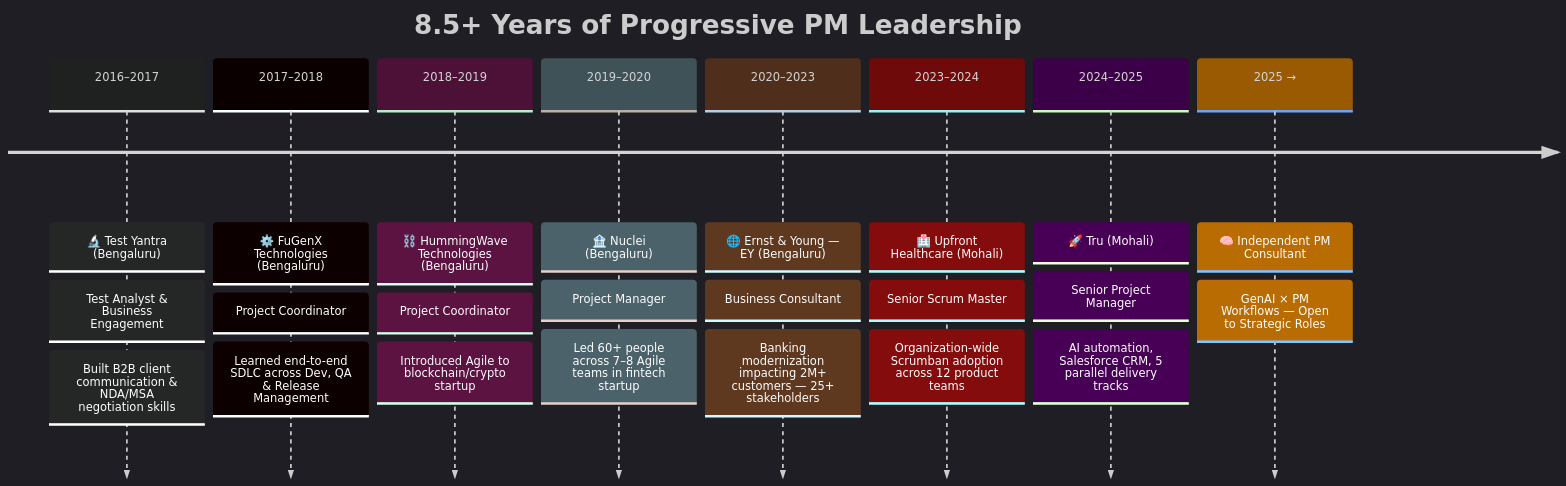
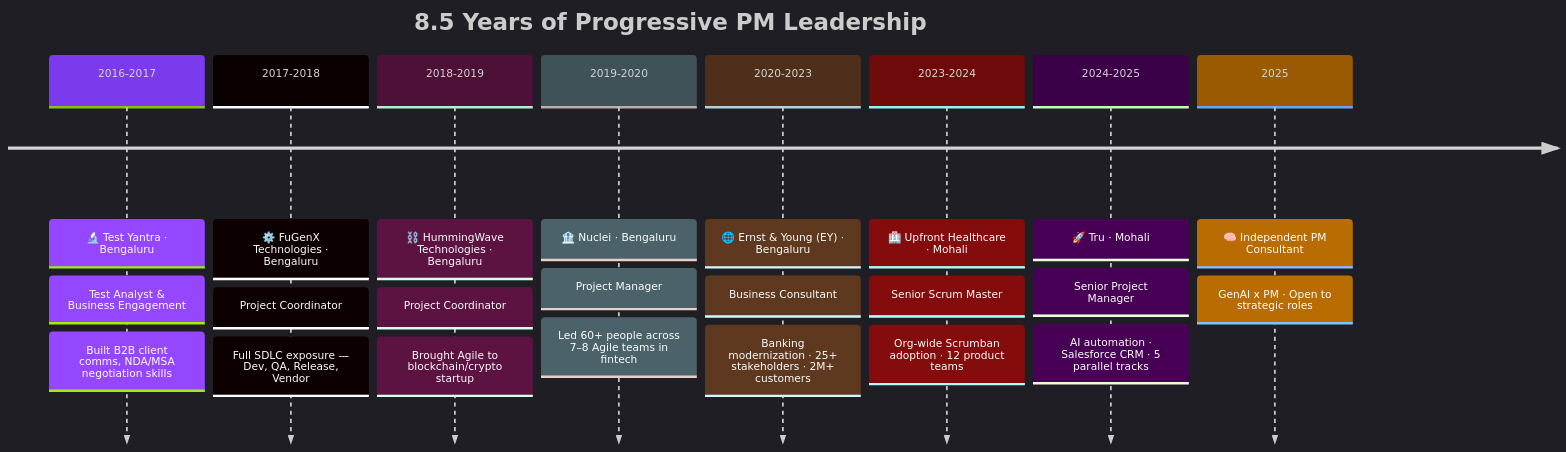
Before and after one commit to devenkashyap/devenkashyap: the diagram in README.md, drawn with Mermaid. The commit also changed other lines of this file and 4 other files, not shown here.

````diff
--- a/README.md
+++ b/README.md
@@ -58,28 +93,28 @@
 ```mermaid
-%%{init: { 'theme': 'dark', 'themeVariables': { 'fontSize': '14px' } }}%%
+%%{init: { 'theme': 'dark', 'themeVariables': { 'fontSize': '13px', 'primaryColor': '#7c3aed' } }}%%
 timeline
-    title 8.5+ Years of Progressive PM Leadership
-    2016–2017 : 🔬 Test Yantra (Bengaluru)
+    title 8.5 Years of Progressive PM Leadership
+    2016-2017 : 🔬 Test Yantra · Bengaluru
               : Test Analyst & Business Engagement
-              : Built B2B client communication & NDA/MSA negotiation skills
-    2017–2018 : ⚙️ FuGenX Technologies (Bengaluru)
+              : Built B2B client comms, NDA/MSA negotiation skills
+    2017-2018 : ⚙️ FuGenX Technologies · Bengaluru
               : Project Coordinator
-              : Learned end-to-end SDLC across Dev, QA & Release Management
-    2018–2019 : ⛓️ HummingWave Technologies (Bengaluru)
+              : Full SDLC exposure — Dev, QA, Release, Vendor
+    2018-2019 : ⛓️ HummingWave Technologies · Bengaluru
               : Project Coordinator
-              : Introduced Agile to blockchain/crypto startup
-    2019–2020 : 🏦 Nuclei (Bengaluru)
+              : Brought Agile to blockchain/crypto startup
+    2019-2020 : 🏦 Nuclei · Bengaluru
               : Project Manager
-              : Led 60+ people across 7–8 Agile teams in fintech startup
-    2020–2023 : 🌐 Ernst & Young — EY (Bengaluru)
+              : Led 60+ people across 7–8 Agile teams in fintech
+    2020-2023 : 🌐 Ernst & Young (EY) · Bengaluru
               : Business Consultant
-              : Banking modernization impacting 2M+ customers — 25+ stakeholders
-    2023–2024 : 🏥 Upfront Healthcare (Mohali)
+              : Banking modernization · 25+ stakeholders · 2M+ customers
+    2023-2024 : 🏥 Upfront Healthcare · Mohali
               : Senior Scrum Master
-              : Organization-wide Scrumban adoption across 12 product teams
-    2024–2025 : 🚀 Tru (Mohali)
+              : Org-wide Scrumban adoption · 12 product teams
+    2024-2025 : 🚀 Tru · Mohali
               : Senior Project Manager
-              : AI automation, Salesforce CRM, 5 parallel delivery tracks
-    2025 →    : 🧠 Independent PM Consultant
-              : GenAI × PM Workflows — Open to Strategic Roles
+              : AI automation · Salesforce CRM · 5 parallel tracks
+    2025      : 🧠 Independent PM Consultant
+              : GenAI x PM · Open to strategic roles
 ```
````
